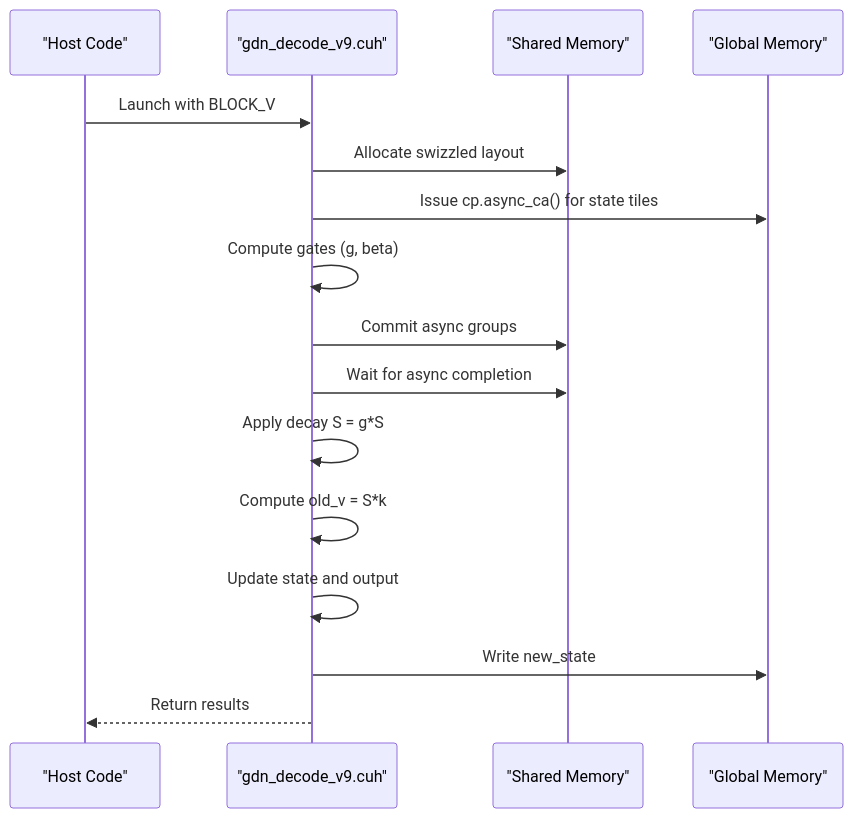
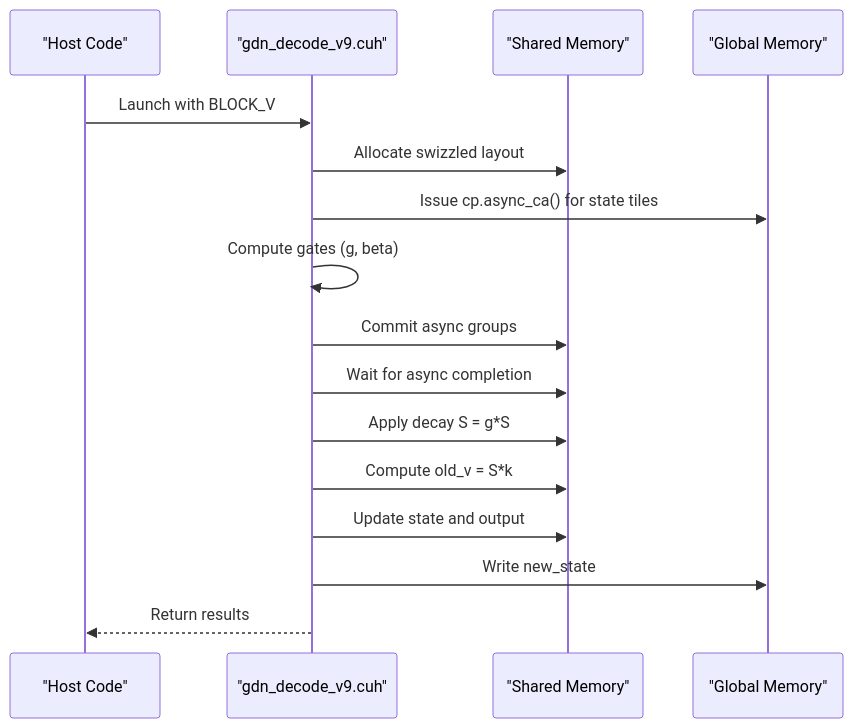
The third of 9 diagrams in .qoder/repowiki/en/content/Optimization Strategies/Optimization Tracking Log.md (gugudeshubao/flashinfer-bench-tma-thrust), drawn with Mermaid before and after one commit. The commit also changed other lines of this file and 4 other files, not shown here.

````diff
--- a/.qoder/repowiki/en/content/Optimization Strategies/Optimization Tracking Log.md
+++ b/.qoder/repowiki/en/content/Optimization Strategies/Optimization Tracking Log.md
@@ -218,18 +241,18 @@
 ```mermaid
 sequenceDiagram
 participant Host as "Host Code"
 participant Kernel as "gdn_decode_v9.cuh"
 participant SMEM as "Shared Memory"
 participant HBM as "Global Memory"
 Host->>Kernel : Launch with BLOCK_V
 Kernel->>SMEM : Allocate swizzled layout
 Kernel->>HBM : Issue cp.async_ca() for state tiles
 Kernel->>Kernel : Compute gates (g, beta)
 Kernel->>SMEM : Commit async groups
 Kernel->>SMEM : Wait for async completion
-Kernel->>Kernel : Apply decay S = g*S
-Kernel->>Kernel : Compute old_v = S*k
-Kernel->>Kernel : Update state and output
+Kernel->>SMEM : Apply decay S = g*S
+Kernel->>SMEM : Compute old_v = S*k
+Kernel->>SMEM : Update state and output
 Kernel->>HBM : Write new_state
 Kernel-->>Host : Return results
 ```
````
